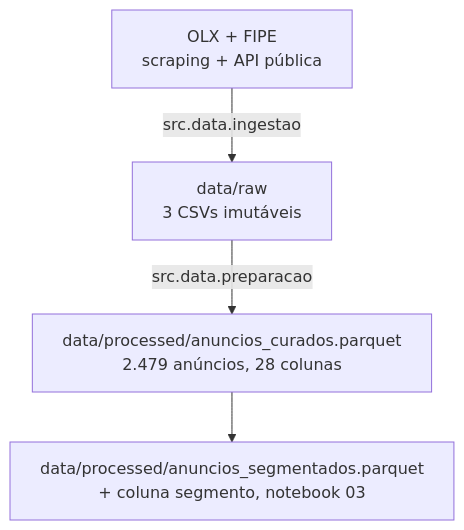
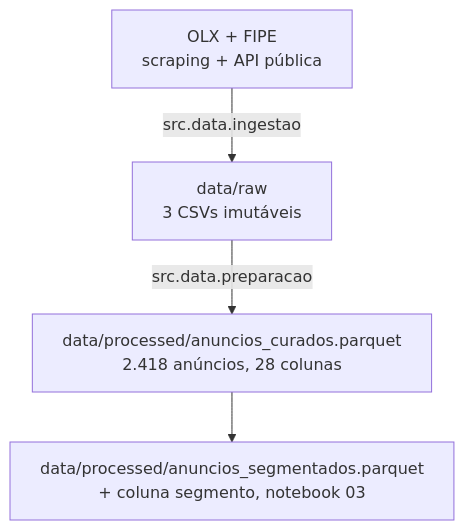
The diagram in docs/preparacao.md (venicios1997/analise_veicular_fortaleza), drawn with Mermaid before and after one commit. The commit also changed other lines of this file and 77 other files, not shown here.

````diff
--- a/docs/preparacao.md
+++ b/docs/preparacao.md
@@ -9,7 +9,7 @@
 ```mermaid
 flowchart TD
     A["OLX + FIPE<br/>scraping + API pública"] -->|"src.data.ingestao"| B
     B["data/raw<br/>3 CSVs imutáveis"] -->|"src.data.preparacao"| C
-    C["data/processed/anuncios_curados.parquet<br/>2.479 anúncios, 28 colunas"] --> D
+    C["data/processed/anuncios_curados.parquet<br/>2.418 anúncios, 28 colunas"] --> D
     D["data/processed/anuncios_segmentados.parquet<br/>+ coluna segmento, notebook 03"]
 ```
````
